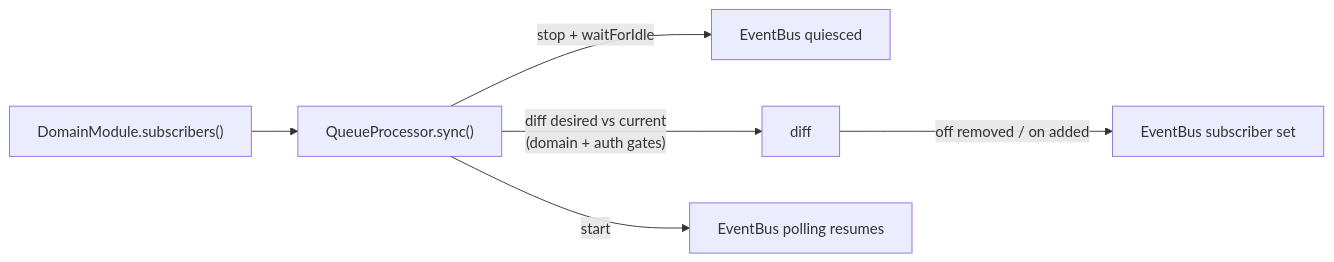
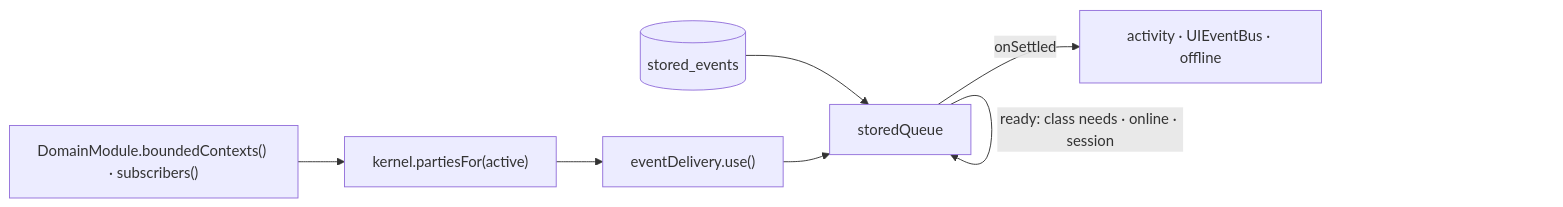
Before and after one commit to Sincpro-SRL/sincpro_mobile: the second of 3 diagrams in docs/architecture-core.md, drawn with Mermaid. The commit also changed other lines of this file and 128 other files, not shown here.

````diff
--- a/docs/architecture-core.md
+++ b/docs/architecture-core.md
@@ -173,8 +169,9 @@
 ```mermaid
 flowchart LR
-    mod["DomainModule.subscribers()"] --> sync["QueueProcessor.sync()"]
-    sync -->|stop + waitForIdle| bus1["EventBus quiesced"]
-    sync -->|"diff desired vs current<br/>(domain + auth gates)"| diff
-    diff -->|off removed / on added| bus2["EventBus subscriber set"]
-    sync -->|start| bus3["EventBus polling resumes"]
+    mod["DomainModule.boundedContexts() · subscribers()"] --> parties["kernel.partiesFor(active)"]
+    parties --> use["eventDelivery.use()"]
+    store[("stored_events")] --> queue["storedQueue"]
+    use --> queue
+    queue -->|ready: class needs · online · session| queue
+    queue -->|onSettled| ui["activity · UIEventBus · offline"]
 ```
````
